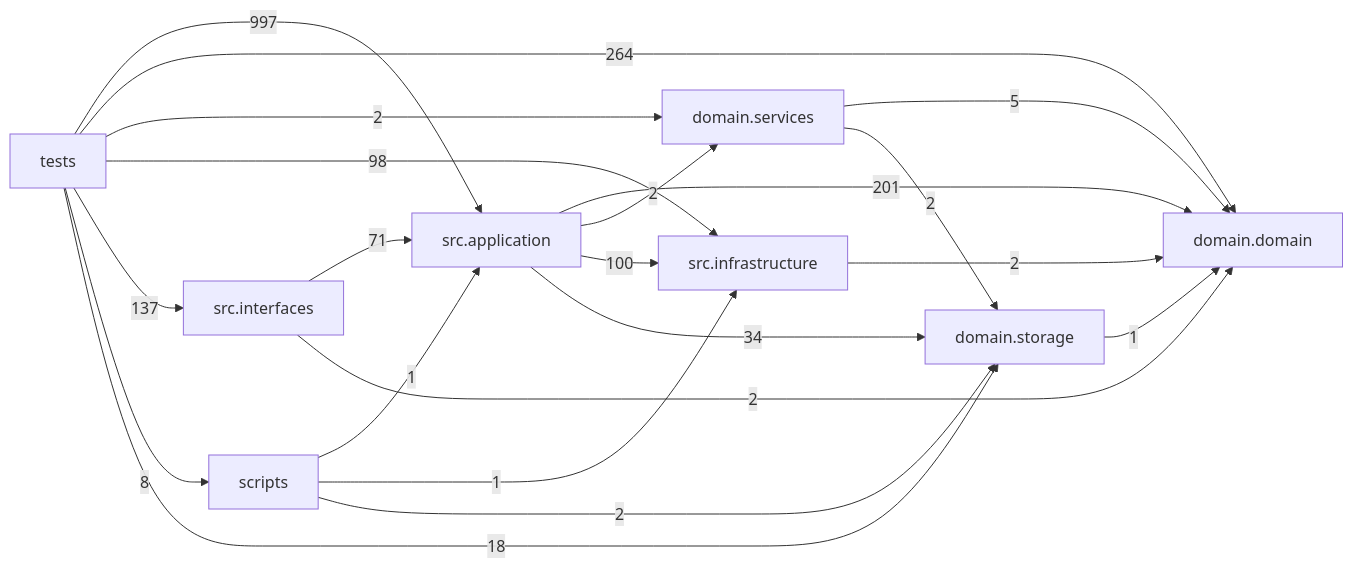
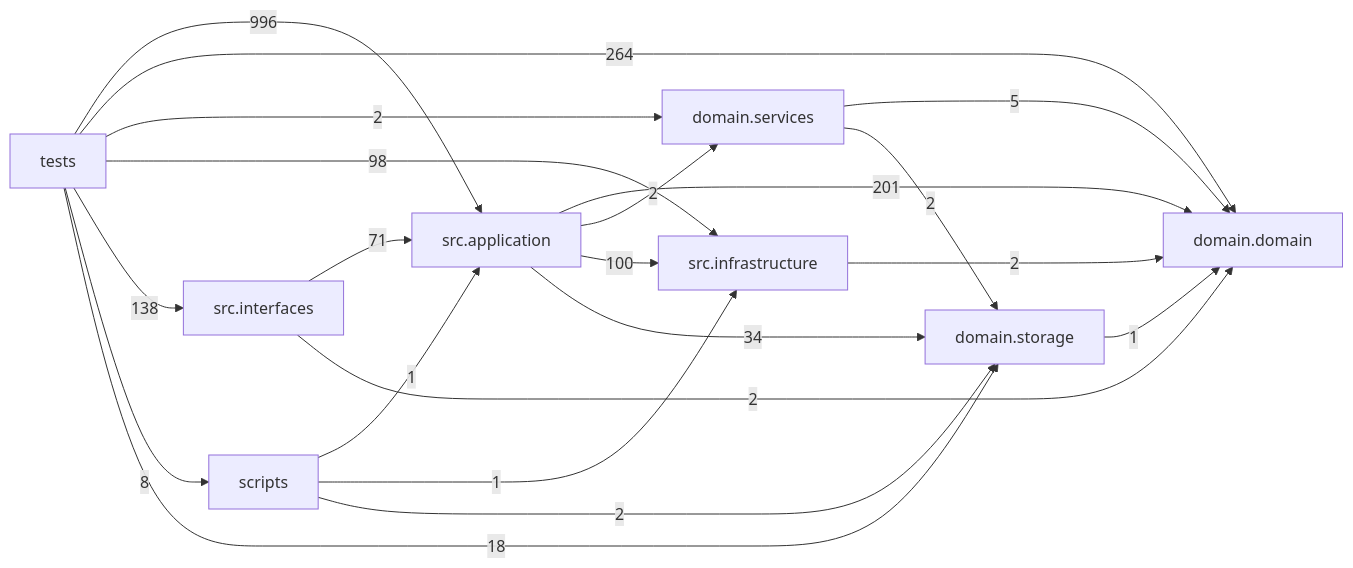
Before and after one commit to liuxie066/options-monitor: the diagram in docs/DEPENDENCY_GRAPH.md, drawn with Mermaid. The commit also changed other lines of this file and 41 other files, not shown here.

````diff
--- a/docs/DEPENDENCY_GRAPH.md
+++ b/docs/DEPENDENCY_GRAPH.md
@@ -24,31 +24,31 @@
 ```mermaid
 flowchart LR
   tests["tests"]
   scripts["scripts"]
   interfaces["src.interfaces"]
   application["src.application"]
   infrastructure["src.infrastructure"]
   domain_services["domain.services"]
   domain["domain.domain"]
   storage["domain.storage"]
   application -->|201| domain
   application -->|2| domain_services
   application -->|100| infrastructure
   application -->|34| storage
   domain_services -->|5| domain
   domain_services -->|2| storage
   infrastructure -->|2| domain
   interfaces -->|71| application
   interfaces -->|2| domain
   scripts -->|1| application
   scripts -->|1| infrastructure
   scripts -->|2| storage
   storage -->|1| domain
-  tests -->|997| application
+  tests -->|996| application
   tests -->|264| domain
   tests -->|2| domain_services
   tests -->|98| infrastructure
-  tests -->|137| interfaces
+  tests -->|138| interfaces
   tests -->|8| scripts
   tests -->|18| storage
 ```
````
